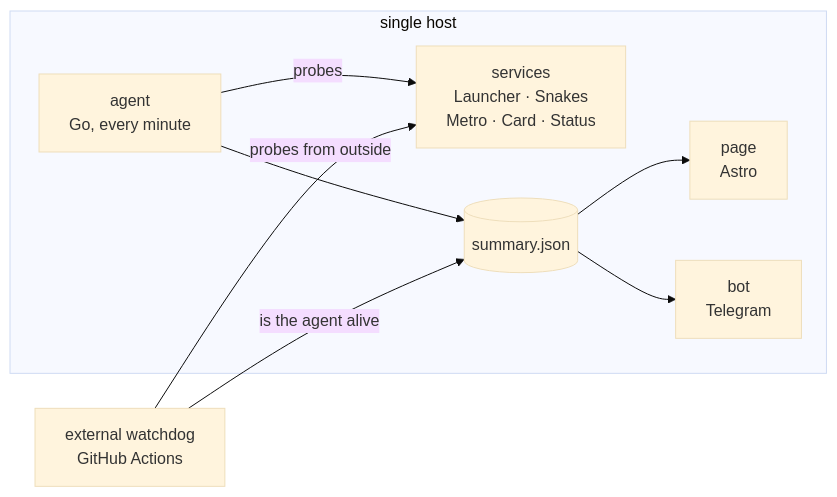
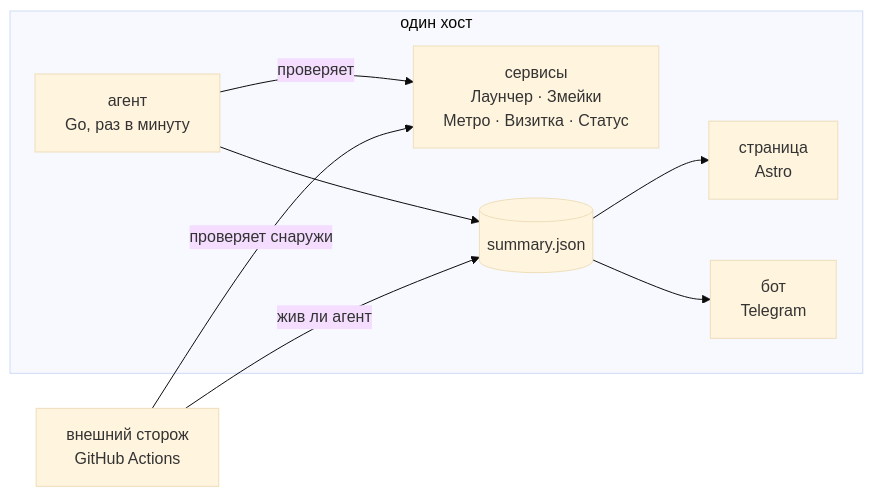
The diagram in README.md (tr0llex/Samoy.love-Status), drawn with Mermaid (base theme) before and after one commit. The commit also changed other lines of this file and 3 other files, not shown here.

````diff
--- a/README.md
+++ b/README.md
@@ -25,17 +24,17 @@
 ```mermaid
 flowchart LR
-    subgraph host["single host"]
-        svc["services<br/>Launcher · Snakes<br/>Metro · Card · Status"]
-        agent["agent<br/>Go, every minute"]
+    subgraph host["один хост"]
+        svc["сервисы<br/>Лаунчер · Змейки<br/>Метро · Визитка · Статус"]
+        agent["агент<br/>Go, раз в минуту"]
         json[("summary.json")]
-        page["page<br/>Astro"]
-        bot["bot<br/>Telegram"]
-        agent -->|probes| svc
+        page["страница<br/>Astro"]
+        bot["бот<br/>Telegram"]
+        agent -->|проверяет| svc
         agent --> json
         json --> page
         json --> bot
     end
-    watch["external watchdog<br/>GitHub Actions"]
-    watch -->|probes from outside| svc
-    watch -->|is the agent alive| json
+    watch["внешний сторож<br/>GitHub Actions"]
+    watch -->|проверяет снаружи| svc
+    watch -->|жив ли агент| json
 ```
````
